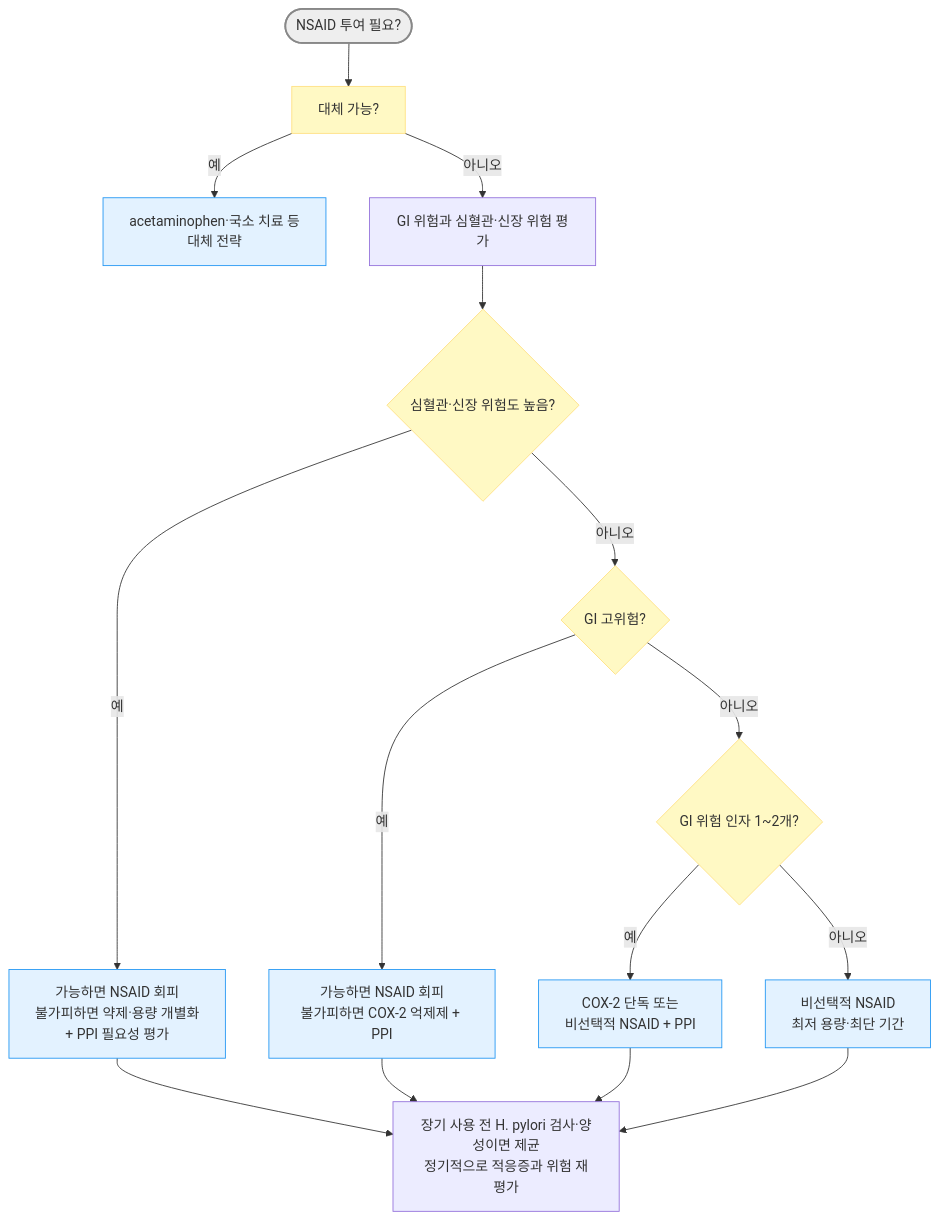
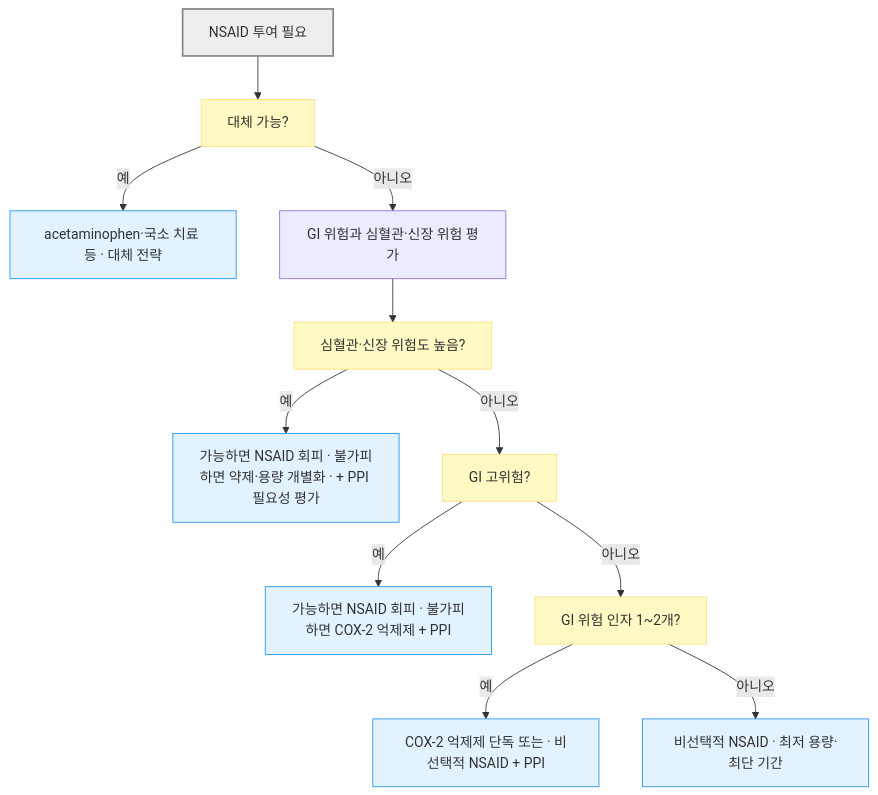
One commit to familyoh77/familyoh77 changed the second of 2 diagrams in 224_/079_-peptic-ulcer-pud.md. Above: the diagram before and after it, drawn with Mermaid. The commit also changed other lines of this file and 1 other file, not shown here.

````diff
--- a/224_/079_-peptic-ulcer-pud.md
+++ b/224_/079_-peptic-ulcer-pud.md
@@ -308,23 +311,19 @@
 ```mermaid
-graph TD
-A([NSAID 투여 필요?]) --> B[대체 가능?]
-    B -- 예 --> C[acetaminophen·국소 치료 등<br/>대체 전략]
-    B -- 아니오 --> D[GI 위험과 심혈관·신장 위험 평가]
-    D --> E{심혈관·신장 위험도 높음?}
-    E -- 예 --> G[가능하면 NSAID 회피<br/>불가피하면 약제·용량 개별화<br/>+ PPI 필요성 평가]
-    E -- 아니오 --> F{GI 고위험?}
-    F -- 예 --> H[가능하면 NSAID 회피<br/>불가피하면 COX-2 억제제 + PPI]
-    F -- 아니오 --> I{GI 위험 인자 1~2개?}
-    I -- 예 --> J[COX-2 단독 또는<br/>비선택적 NSAID + PPI]
-    I -- 아니오 --> K[비선택적 NSAID<br/>최저 용량·최단 기간]
-    H --> L[장기 사용 전 H. pylori 검사·양성이면 제균<br/>정기적으로 적응증과 위험 재평가]
-    J --> L
-    G --> L
-    K --> L
+flowchart TD
+    A["NSAID 투여 필요"] --> B["대체 가능?"]
+    B -- "예" --> C["acetaminophen·국소 치료 등 · 대체 전략"]
+    B -- "아니오" --> D["GI 위험과 심혈관·신장 위험 평가"]
+    D --> E["심혈관·신장 위험도 높음?"]
+    E -- "예" --> G["가능하면 NSAID 회피 · 불가피하면 약제·용량 개별화 · + PPI 필요성 평가"]
+    E -- "아니오" --> F["GI 고위험?"]
+    F -- "예" --> H["가능하면 NSAID 회피 · 불가피하면 COX-2 억제제 + PPI"]
+    F -- "아니오" --> I["GI 위험 인자 1~2개?"]
+    I -- "예" --> J["COX-2 억제제 단독 또는 · 비선택적 NSAID + PPI"]
+    I -- "아니오" --> K["비선택적 NSAID · 최저 용량·최단 기간"]
 
-style A fill:#eeeeee,stroke:#888888,stroke-width:2px
-classDef yellow fill:#fff9c4,stroke:#ffe082
-class B,E,F,I yellow
-classDef sky fill:#e3f2ff,stroke:#2196f3
-class C,G,H,J,K sky
+    style A fill:#eeeeee,stroke:#888888,stroke-width:2px
+    classDef question fill:#fff9c4,stroke:#ffe082
+    class B,E,F,I question
+    classDef sky fill:#e3f2ff,stroke:#2196f3
+    class C,G,H,J,K sky
 ```
````
